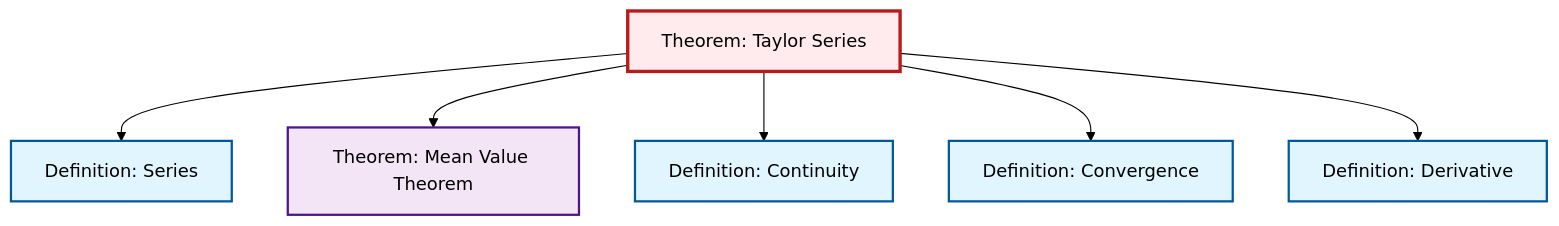
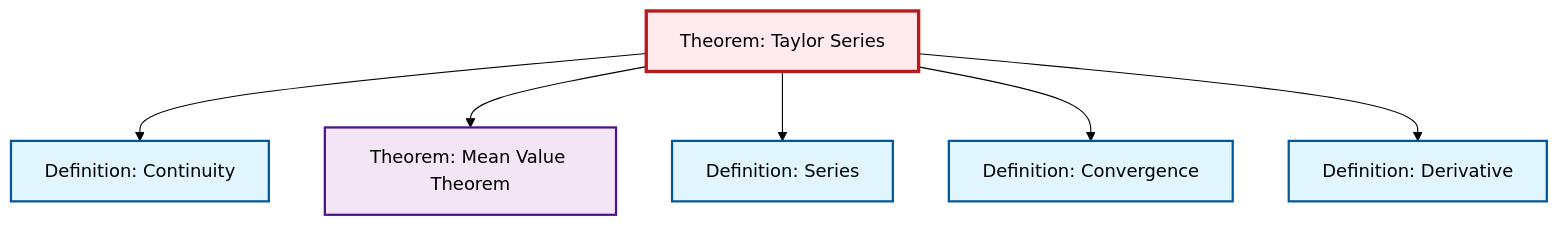
One commit to RK0429/ModernMath changed the diagram in content/en/analysis/thm-taylor-series.qmd. Above: the diagram before and after it, drawn with Mermaid (forest theme). The commit also changed other lines of this file and 634 other files, not shown here.

````diff
--- a/content/en/analysis/thm-taylor-series.qmd
+++ b/content/en/analysis/thm-taylor-series.qmd
@@ -107,26 +107,26 @@
 ```{mermaid}
 %%| fig-cap: "Local dependency graph"
 graph TD
     classDef definition fill:#e1f5fe,stroke:#01579b,stroke-width:2px
     classDef theorem fill:#f3e5f5,stroke:#4a148c,stroke-width:2px
     classDef axiom fill:#fff3e0,stroke:#e65100,stroke-width:2px
     classDef example fill:#e8f5e9,stroke:#1b5e20,stroke-width:2px
     classDef current fill:#ffebee,stroke:#b71c1c,stroke-width:3px
+    def-convergence["Definition: Convergence"]:::definition
+    def-derivative["Definition: Derivative"]:::definition
+    def-continuity["Definition: Continuity"]:::definition
+    def-series["Definition: Series"]:::definition
     thm-taylor-series["Theorem: Taylor Series"]:::theorem
-    def-convergence["Definition: Convergence"]:::definition
-    def-series["Definition: Series"]:::definition
     thm-mean-value["Theorem: Mean Value Theorem"]:::theorem
-    def-continuity["Definition: Continuity"]:::definition
-    def-derivative["Definition: Derivative"]:::definition
+    thm-taylor-series --> def-continuity
+    thm-taylor-series --> thm-mean-value
     thm-taylor-series --> def-series
-    thm-taylor-series --> thm-mean-value
-    thm-taylor-series --> def-continuity
     thm-taylor-series --> def-convergence
     thm-taylor-series --> def-derivative
     class thm-taylor-series current
     click def-convergence "def-convergence.html" "Go to Convergence definition"
+    click def-derivative "def-derivative.html" "Go to Derivative definition"
+    click def-continuity "def-continuity.html" "Go to Continuity definition"
     click def-series "def-series.html" "Go to Series definition"
     click thm-mean-value "thm-mean-value.html" "Go to Mean Value Theorem theorem"
-    click def-continuity "def-continuity.html" "Go to Continuity definition"
-    click def-derivative "def-derivative.html" "Go to Derivative definition"
 ```
````
